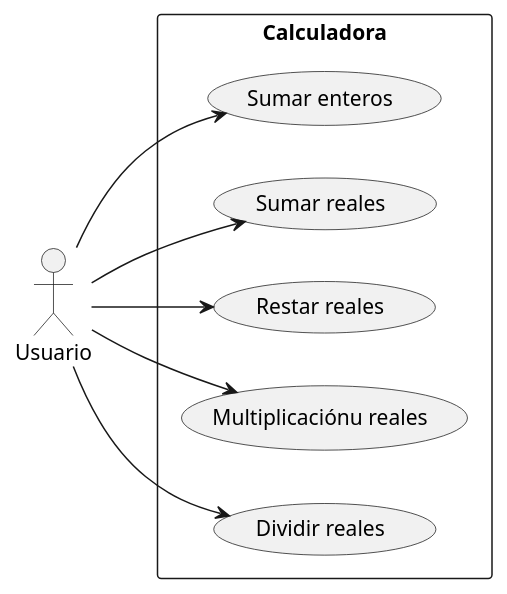
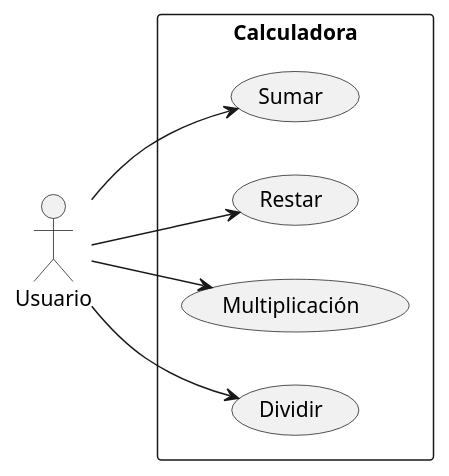
The diagram in doc/analisis/analisis_ivan.pu (JulianParPer/Calculadora), drawn with PlantUML before and after one commit.

Commit message:
Calculadora funcionando - IvanVM

```diff
--- a/doc/analisis/analisis_ivan.pu
+++ b/doc/analisis/analisis_ivan.pu
@@ -1,18 +1,16 @@
 @startuml
 left to right direction
 actor "Usuario" as user
 
 rectangle Calculadora {
-    usecase "Sumar enteros" as UC1
-    usecase "Sumar reales" as UC2
-    usecase "Restar reales" as UC3
-    usecase "Multiplicaciónu reales" as UC4
-    usecase "Dividir reales" as UC5
+    usecase "Sumar" as UC1
+    usecase "Restar" as UC2
+    usecase "Multiplicación" as UC3
+    usecase "Dividir" as UC4
 
     user --> UC1
     user --> UC2
     user --> UC3
     user --> UC4
-    user --> UC5
 }
 @enduml
```
